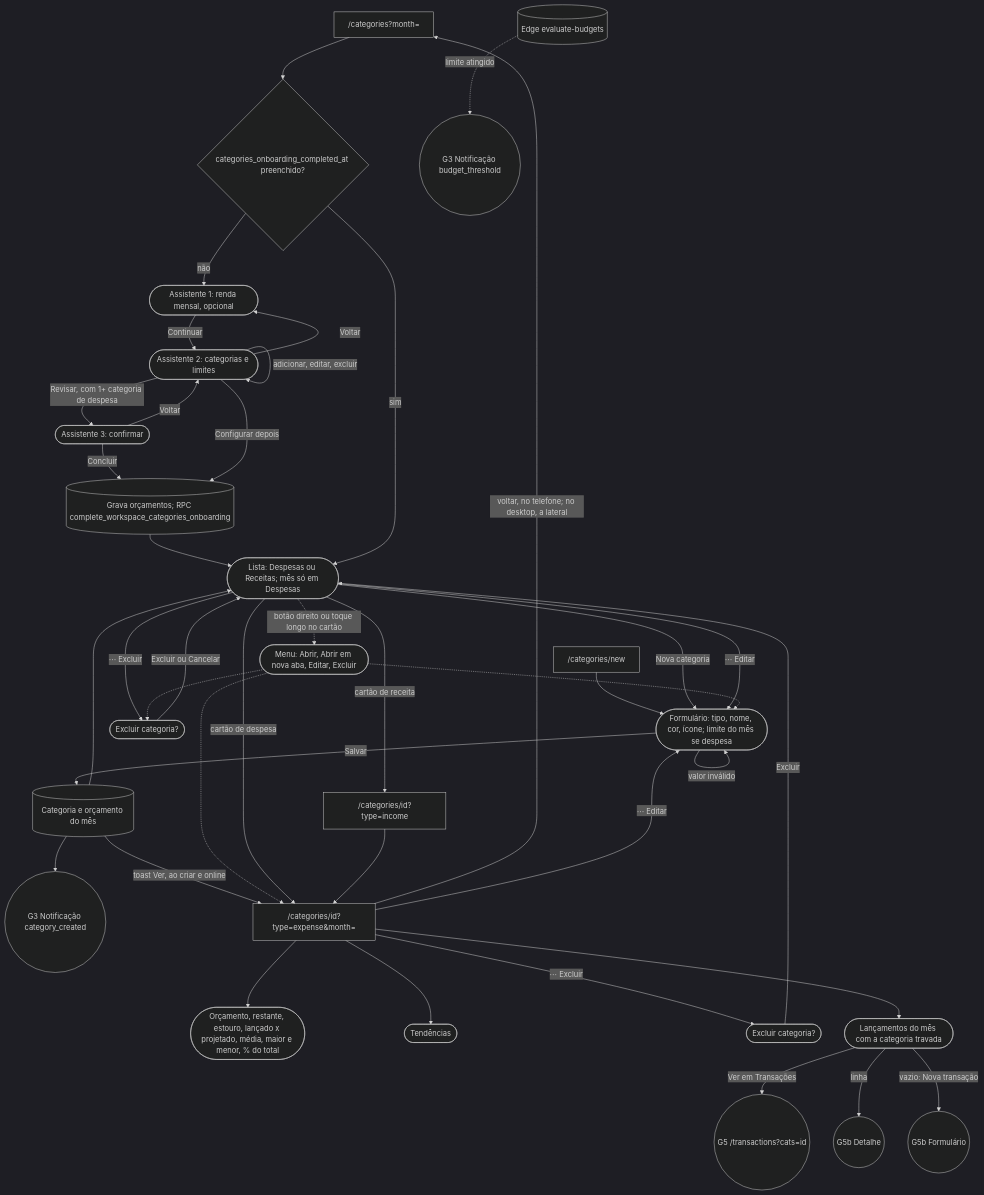
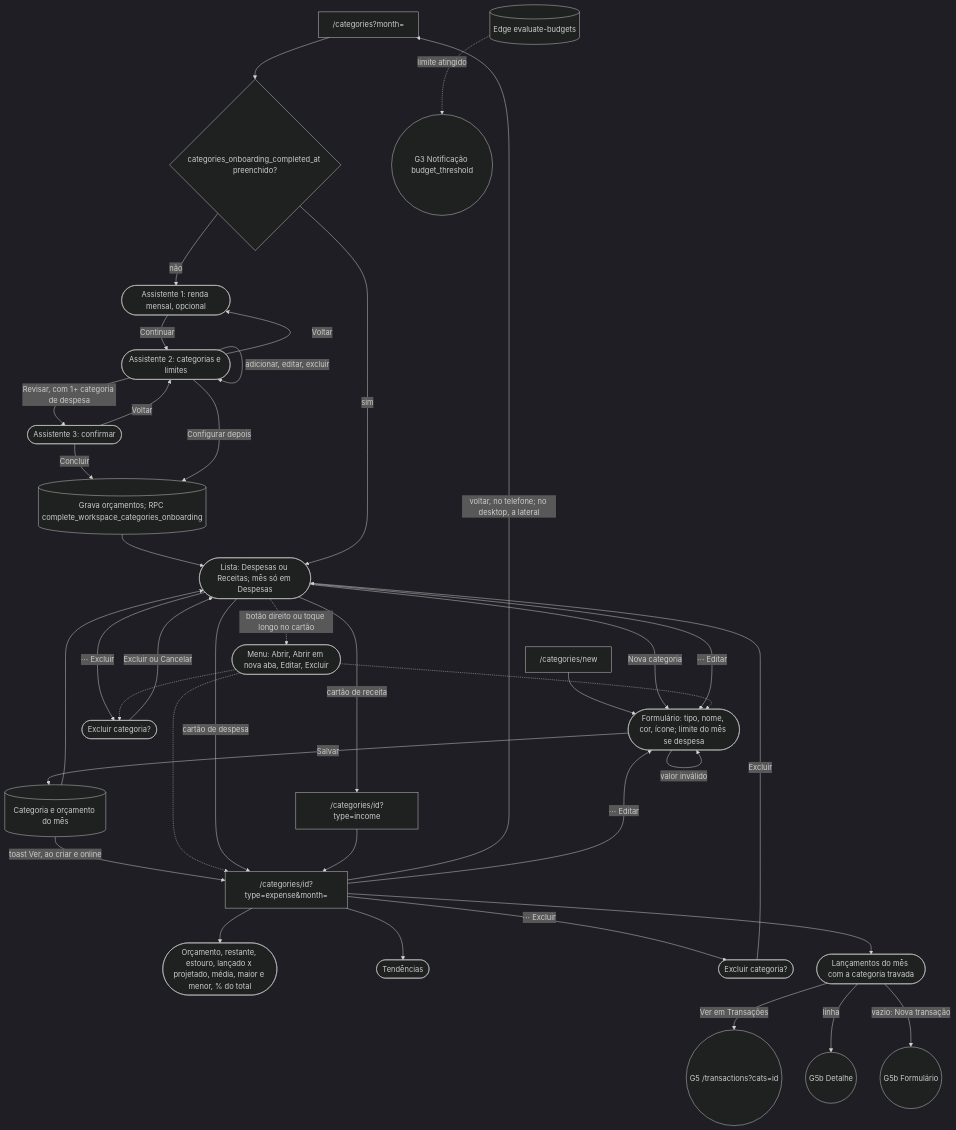
One commit to kauax2000/finance_app changed diagram 13 of 14 in docs/JORNADAS.md. Above: the diagram before and after it, drawn with Mermaid. The commit also changed other lines of this file and 2 other files, not shown here.

````diff
--- a/docs/JORNADAS.md
+++ b/docs/JORNADAS.md
@@ -742,46 +753,46 @@
 ```mermaid
 %%{init: {"theme": "dark"}}%%
 flowchart TD
     cats["/categories?month="] --> onboarded{"categories_onboarding_completed_at preenchido?"}
     onboarded -->|"não"| step0(["Assistente 1: renda mensal, opcional"])
     step0 -->|"Continuar"| step1(["Assistente 2: categorias e limites"])
     step1 -->|"Voltar"| step0
     step1 -->|"Sugerir pela renda"| step1
     step1 -->|"adicionar, editar, excluir"| step1
     step1 -->|"Revisar, com 1+ categoria de despesa"| step2(["Assistente 3: confirmar"])
     step2 -->|"Voltar"| step1
     step2 -->|"Concluir"| complete[("Grava orçamentos; RPC complete_workspace_categories_onboarding")]
     step1 -->|"Configurar depois"| complete
     complete --> listView
     onboarded -->|"sim"| listView(["Lista: Despesas ou Receitas; mês só em Despesas"])
 
     newRoute["/categories/new"] --> catForm
     listView -->|"Nova categoria"| catForm(["Formulário: tipo, nome, cor, ícone; limite do mês se despesa"])
-    catForm -->|"Salvar"| savedCat[("Categoria e orçamento do mês")] --> notifCat(("G3 Notificação category_created"))
+    catForm -->|"Salvar"| savedCat[("Categoria e orçamento do mês")]
     savedCat -->|"toast Ver, ao criar e online"| detail
     savedCat --> listView
     catForm -->|"valor inválido"| catForm
     listView -->|"⋯ Editar"| catForm
     listView -->|"⋯ Excluir"| delCat(["Excluir categoria?"])
     delCat -->|"Excluir ou Cancelar"| listView
     listView -.->|"botão direito ou toque longo no cartão"| catMenu(["Menu: Abrir, Abrir em nova aba, Editar, Excluir"])
     catMenu -.-> detail
     catMenu -.-> catForm
     catMenu -.-> delCat
 
     listView -->|"cartão de despesa"| detail["/categories/id?type=expense&month="]
     listView -->|"cartão de receita"| detailIn["/categories/id?type=income"]
     detailIn --> detail
 
     detail -->|"voltar, no telefone; no desktop, a lateral"| cats
     detail --> summary(["Orçamento, restante, estouro, lançado x projetado, média, maior e menor, % do total"])
     detail --> trend(["Tendências"])
     detail -->|"⋯ Editar"| catForm
     detail -->|"⋯ Excluir"| delDetail(["Excluir categoria?"]) -->|"Excluir"| listView
     detail --> embedded(["Lançamentos do mês com a categoria travada"])
     embedded -->|"Ver em Transações"| G5(("G5 /transactions?cats=id"))
     embedded -->|"linha"| txDetail(("G5b Detalhe"))
     embedded -->|"vazio: Nova transação"| txForm(("G5b Formulário"))
 
     budget[("Edge evaluate-budgets")] -.->|"limite atingido"| notifBudget(("G3 Notificação budget_threshold"))
 ```
````
